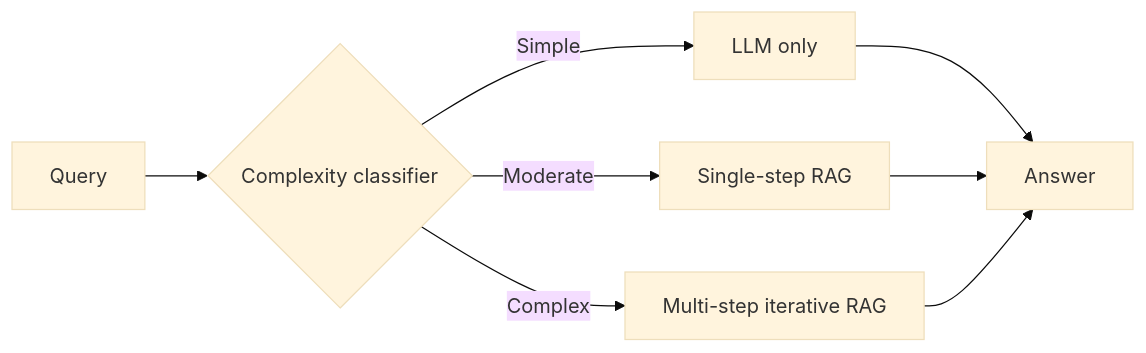
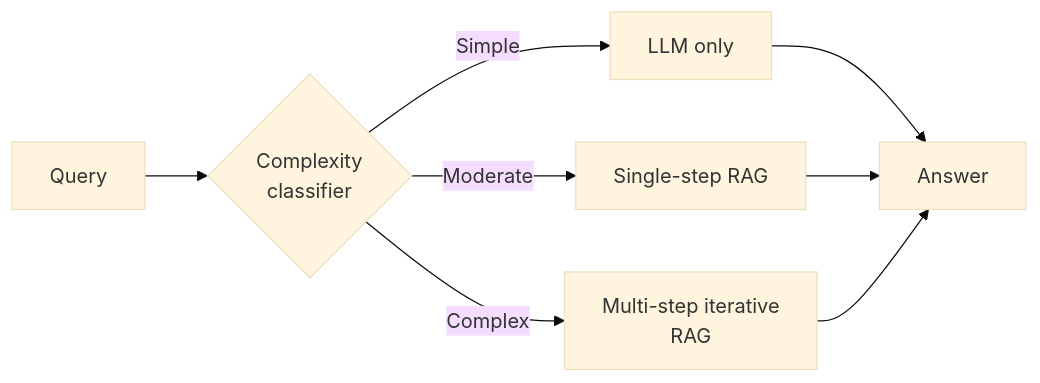
Before and after one commit to ajay-nikumbh/RAG-From-Basics-to-Production: the diagram in 10. Adaptive RAG/README.md, drawn with Mermaid (base theme). The commit also changed other lines of this file and 38 other files, not shown here.

First line of the commit message:
Group root README by pattern, widen tables, wrap diagram labels

````diff
--- a/10. Adaptive RAG/README.md
+++ b/10. Adaptive RAG/README.md
@@ -24,10 +24,10 @@
 ```mermaid
 flowchart LR
-    Q[Query] --> C{Complexity classifier}
+    Q[Query] --> C{Complexity<br/>classifier}
     C -- Simple --> L0[LLM only]
     C -- Moderate --> S[Single-step RAG]
-    C -- Complex --> M[Multi-step iterative RAG]
+    C -- Complex --> M[Multi-step iterative<br/>RAG]
     L0 --> A[Answer]
     S --> A
     M --> A
 ```
````
